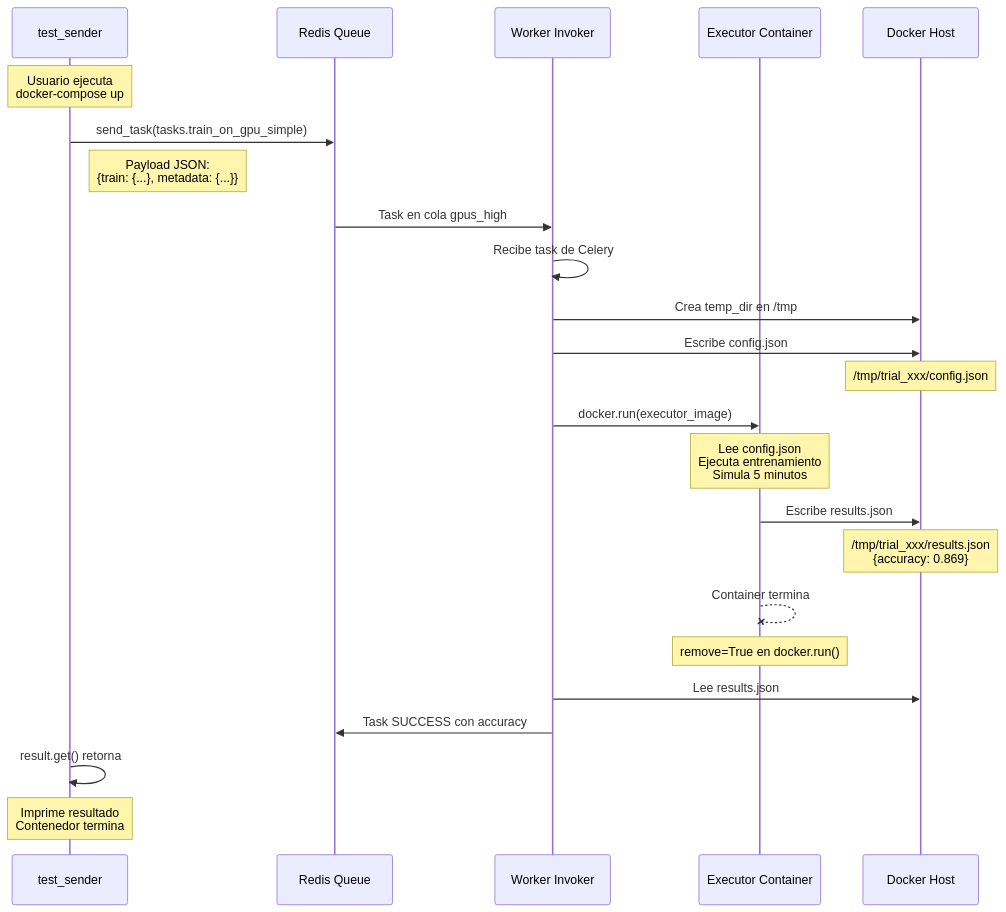
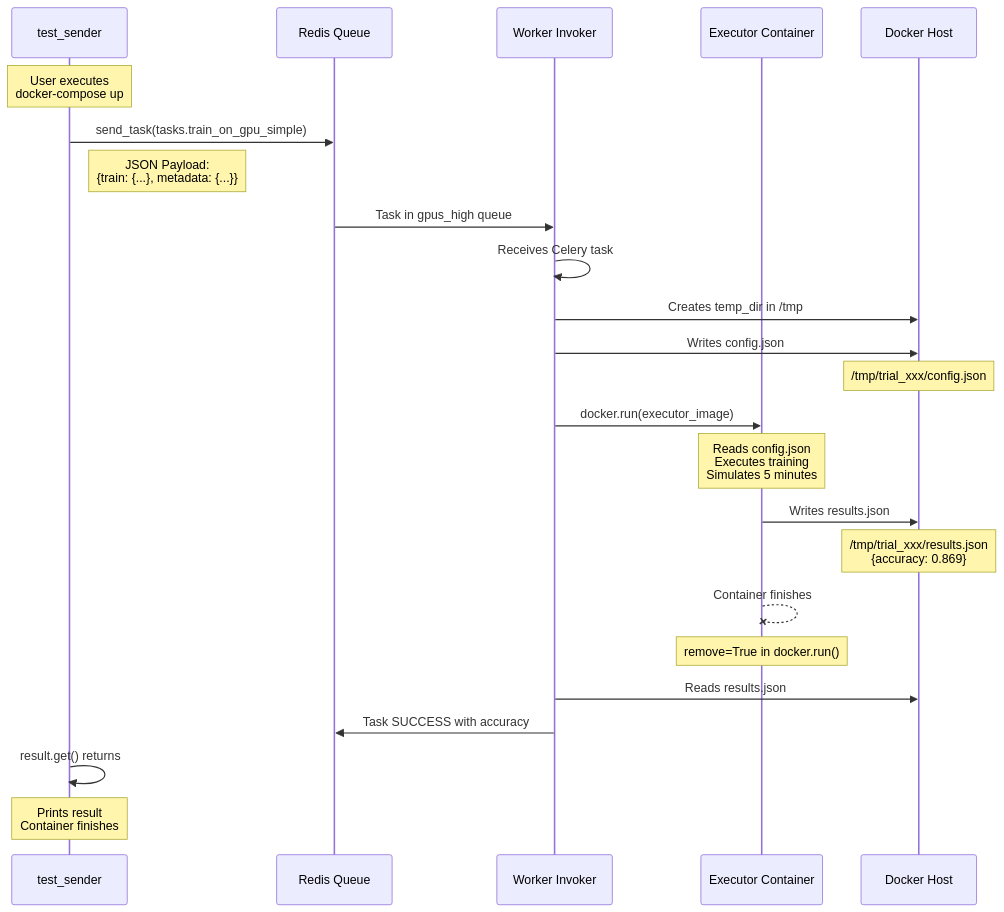
One commit to wisrovi/wyoloservice2_invoker changed the second of 4 diagrams in test_manual/README.md. Above: the diagram before and after it, drawn with Mermaid. The commit also changed other lines of this file and 26 other files, not shown here.

````diff
--- a/test_manual/README.md
+++ b/test_manual/README.md
@@ -52,35 +52,35 @@
 ```mermaid
 sequenceDiagram
     participant Sender as test_sender
     participant Redis as Redis Queue
     participant Worker as Worker Invoker
     participant Executor as Executor Container
     participant Host as Docker Host
 
-    Note over Sender: Usuario ejecuta<br/>docker-compose up
+    Note over Sender: User executes<br/>docker-compose up
 
     Sender->>Redis: send_task(tasks.train_on_gpu_simple)
-    Note right of Sender: Payload JSON:<br/>{train: {...}, metadata: {...}}
+    Note right of Sender: JSON Payload:<br/>{train: {...}, metadata: {...}}
 
-    Redis->>Worker: Task en cola gpus_high
-    Worker->>Worker: Recibe task de Celery
+    Redis->>Worker: Task in gpus_high queue
+    Worker->>Worker: Receives Celery task
 
-    Worker->>Host: Crea temp_dir en /tmp
-    Worker->>Host: Escribe config.json
+    Worker->>Host: Creates temp_dir in /tmp
+    Worker->>Host: Writes config.json
     Note over Host: /tmp/trial_xxx/config.json
 
     Worker->>Executor: docker.run(executor_image)
-    Note over Executor: Lee config.json<br/>Ejecuta entrenamiento<br/>Simula 5 minutos
+    Note over Executor: Reads config.json<br/>Executes training<br/>Simulates 5 minutes
 
-    Executor->>Host: Escribe results.json
+    Executor->>Host: Writes results.json
     Note over Host: /tmp/trial_xxx/results.json<br/>{accuracy: 0.869}
 
-    Executor--x Executor: Container termina
-    Note over Executor: remove=True en docker.run()
+    Executor--x Executor: Container finishes
+    Note over Executor: remove=True in docker.run()
 
-    Worker->>Host: Lee results.json
-    Worker->>Redis: Task SUCCESS con accuracy
+    Worker->>Host: Reads results.json
+    Worker->>Redis: Task SUCCESS with accuracy
 
-    Sender->>Sender: result.get() retorna
-    Note over Sender: Imprime resultado<br/>Contenedor termina
+    Sender->>Sender: result.get() returns
+    Note over Sender: Prints result<br/>Container finishes
 ```
````
